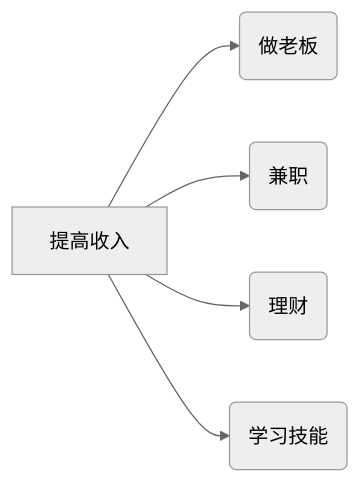
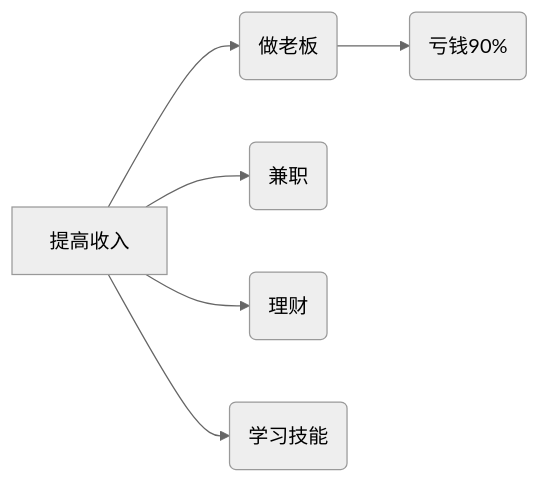
One commit to Echo-Yanglulu/obsidianPrivateNote changed the diagram in 笔记/学习方法/概念/决策树.md. Above: the diagram before and after it, drawn with Mermaid (neutral theme).

Commit message:
backup: 2022-08-21 12:44
Affected files:
笔记/学习方法/概念/决策树.md

````diff
--- a/笔记/学习方法/概念/决策树.md
+++ b/笔记/学习方法/概念/决策树.md
@@ -3,7 +3,8 @@
 ```mermaid
 	graph LR
 	A[提高收入] --> B(做老板)
+	B --> BA(亏钱90%)
 	A --> C(兼职)
 	A --> D(理财)
 	A --> E(学习技能)
 ```
````
